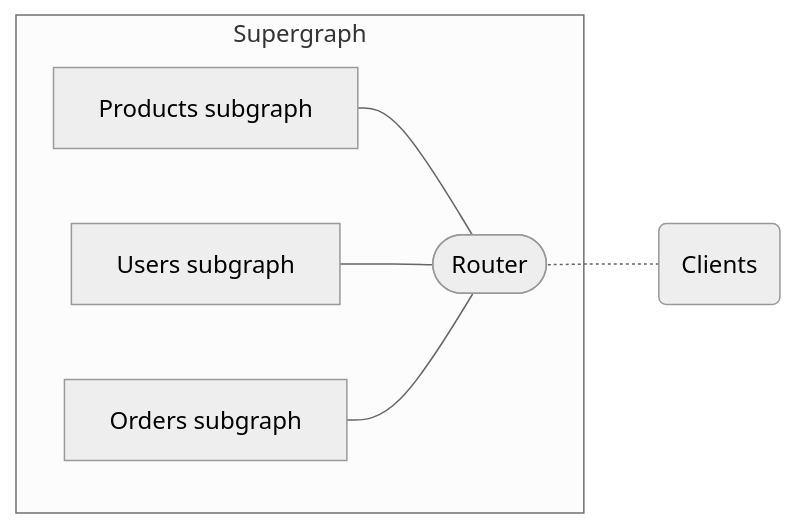
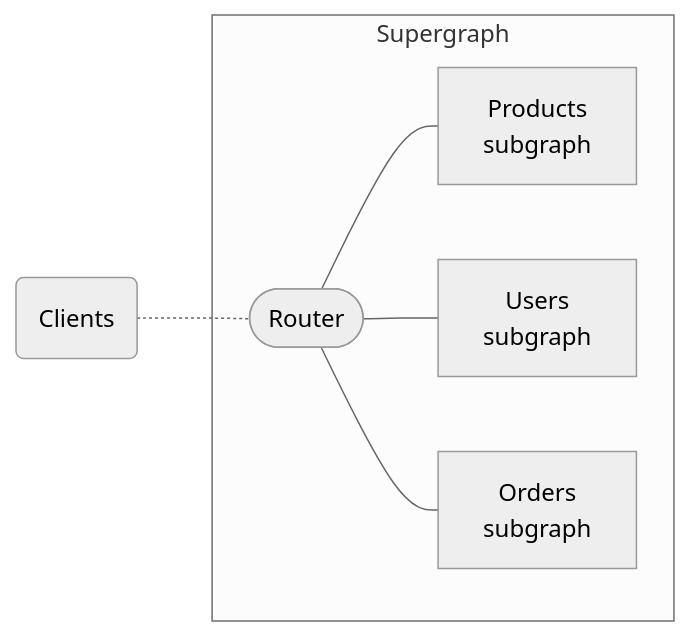
One commit to apollographql/federation changed the diagram in docs/source/quickstart.mdx. Above: the diagram before and after it, drawn with Mermaid (neutral theme). The commit also changed other lines of this file, not shown here.

````diff
--- a/docs/source/quickstart.mdx
+++ b/docs/source/quickstart.mdx
@@ -67,13 +68,13 @@
 ```mermaid
-graph RL;
+graph LR;
   clients(Clients);
   subgraph Supergraph;
     router([Router]);
-    serviceA[Products subgraph];
-    serviceB[Users subgraph];
-    serviceC[Orders subgraph];
+    serviceA[Products<br>subgraph];
+    serviceB[Users<br>subgraph];
+    serviceC[Orders<br>subgraph];
     router --- serviceA & serviceB & serviceC;
   end;
   clients -.- router;
   class clients secondary;
 ```
````
